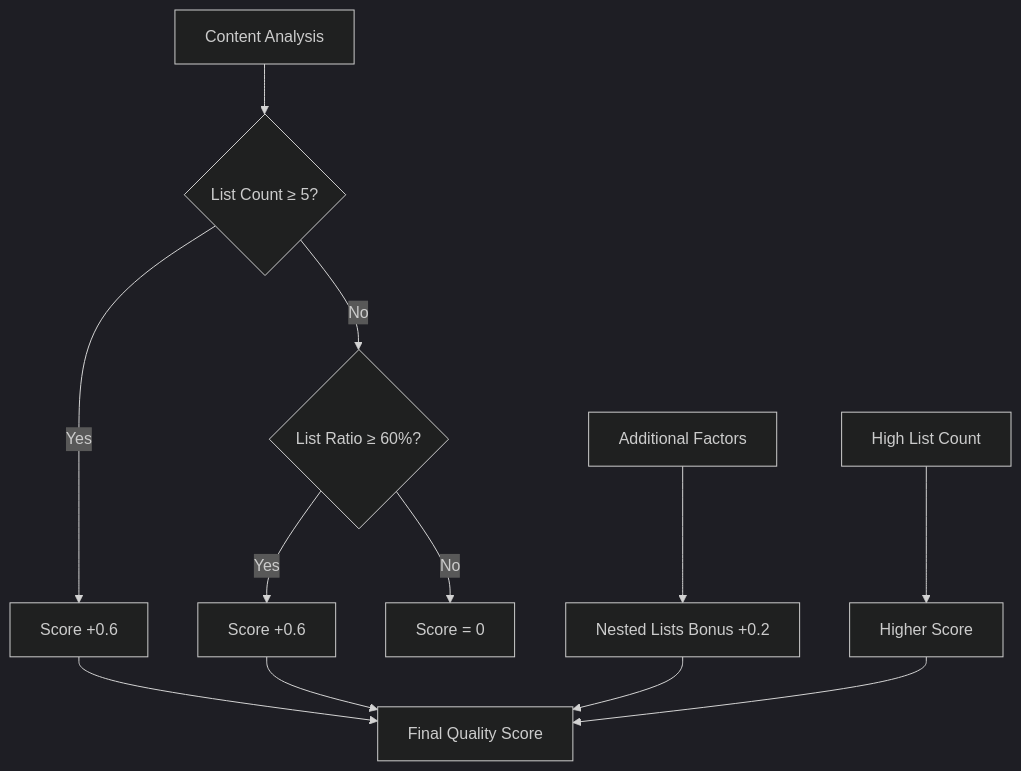
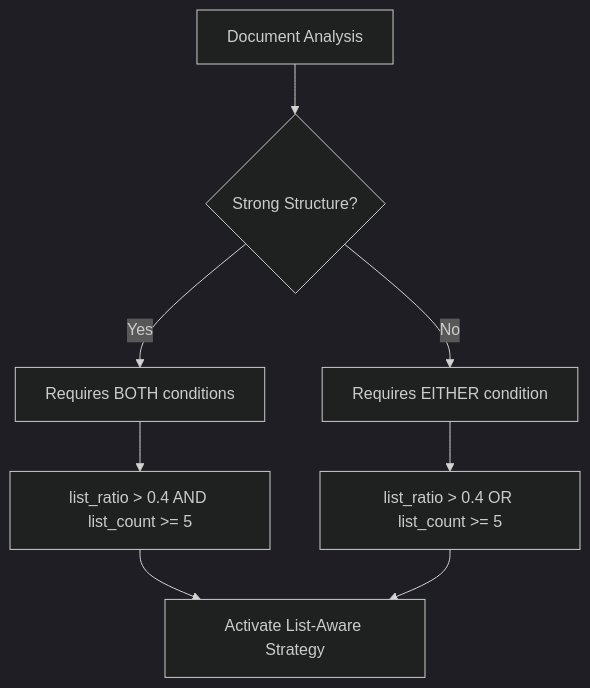
One commit to asukhodko/dify-markdown-chunker changed the first of 5 diagrams in .qoder/repowiki/en/content/Chunking Strategies/List Strategy.md. Above: the diagram before and after it, drawn with Mermaid (dark theme). The commit also changed other lines of this file and 5 other files, not shown here.

````diff
--- a/.qoder/repowiki/en/content/Chunking Strategies/List Strategy.md
+++ b/.qoder/repowiki/en/content/Chunking Strategies/List Strategy.md
@@ -56,14 +65,10 @@
 ```mermaid
 flowchart TD
-A["Content Analysis"] --> B{"List Count ≥ 5?"}
-B --> |Yes| C["Score +0.6"]
-B --> |No| D{"List Ratio ≥ 60%?"}
-D --> |Yes| E["Score +0.6"]
-D --> |No| F["Score = 0"]
-G["Additional Factors"] --> H["Nested Lists Bonus +0.2"]
-I["High List Count"] --> J["Higher Score"]
-C --> K["Final Quality Score"]
-E --> K
-H --> K
-J --> K
+A["Document Analysis"] --> B{"Strong Structure?"}
+B --> |Yes| C["Requires BOTH conditions"]
+B --> |No| D["Requires EITHER condition"]
+C --> E["list_ratio > 0.4 AND list_count >= 5"]
+D --> F["list_ratio > 0.4 OR list_count >= 5"]
+E --> G["Activate List-Aware Strategy"]
+F --> G
 ```
````
